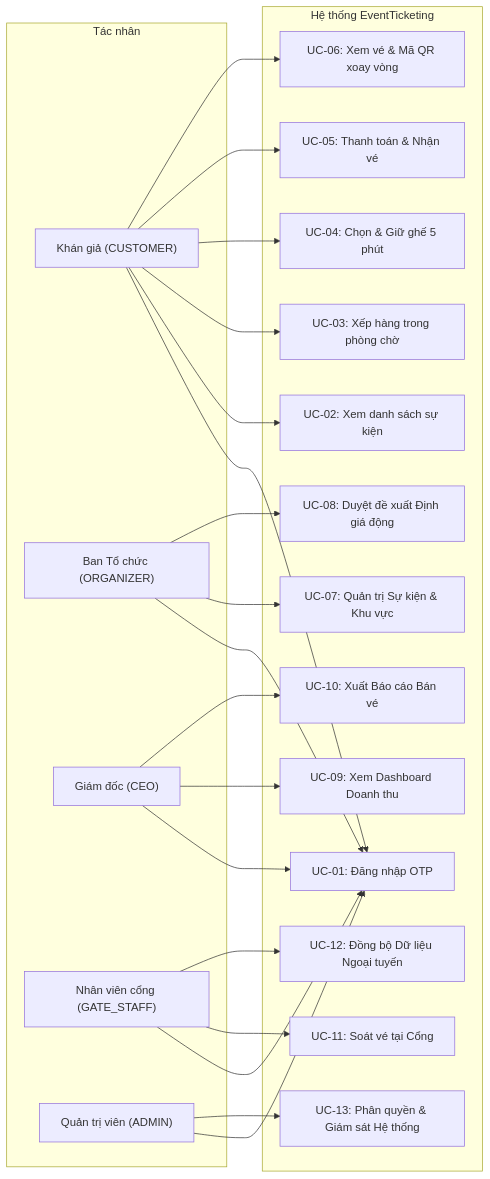
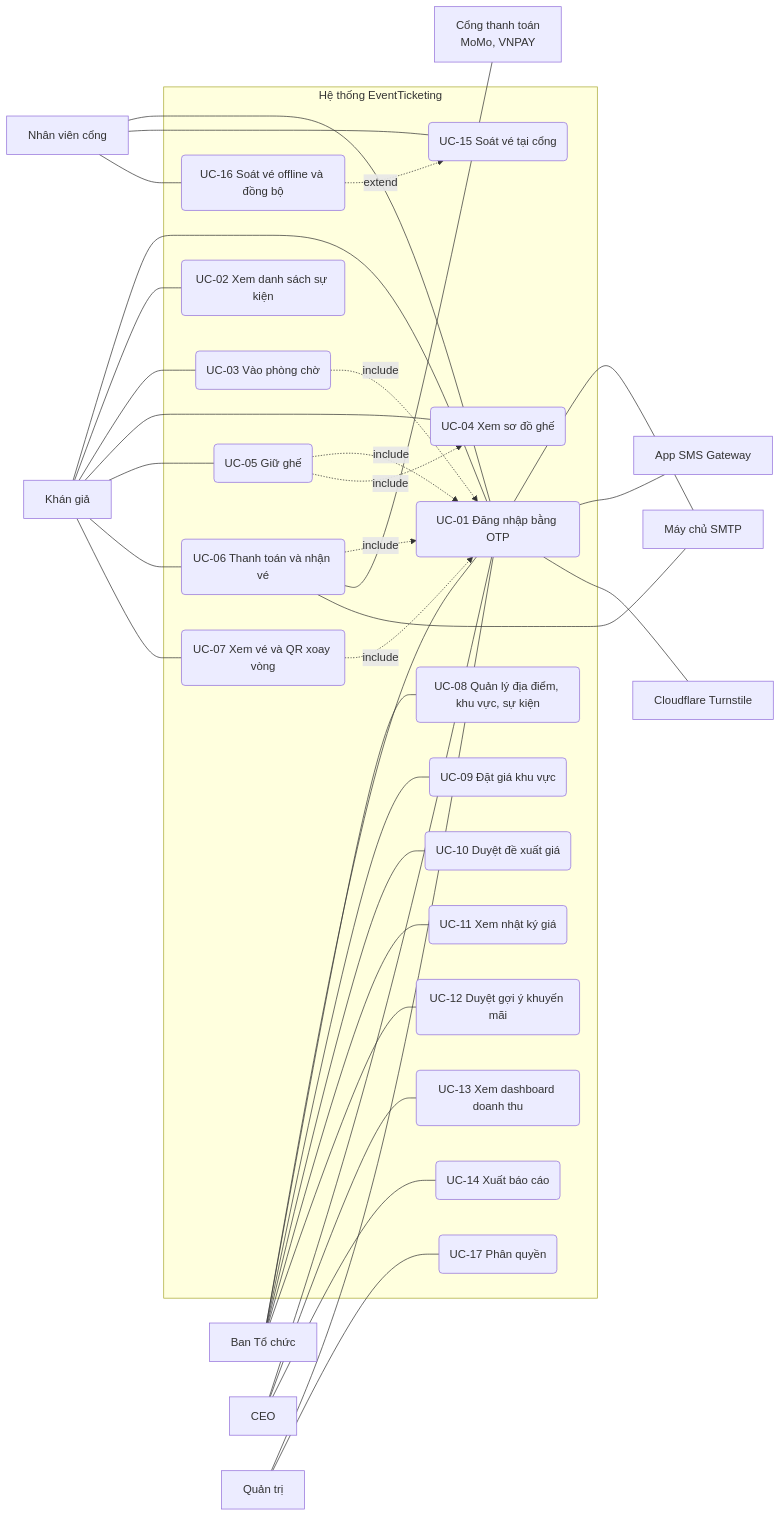
Before and after one commit to nhansp/COSH301: the diagram in docs/use-cases.md, drawn with Mermaid. The commit also changed other lines of this file, not shown here.

First line of the commit message:
docs: Align use cases with design actors, flags and Sprint 2 code

````diff
--- a/docs/use-cases.md
+++ b/docs/use-cases.md
@@ -29,57 +34,72 @@
 ```mermaid
 flowchart LR
-    subgraph Actors["Tác nhân"]
-        Customer["Khán giả (CUSTOMER)"]
-        Organizer["Ban Tổ chức (ORGANIZER)"]
-        CEO["Giám đốc (CEO)"]
-        GateStaff["Nhân viên cổng (GATE_STAFF)"]
-        Admin["Quản trị viên (ADMIN)"]
+    KG["Khán giả"]
+    BTC["Ban Tổ chức"]
+    CEO["CEO"]
+    NV["Nhân viên cổng"]
+    QT["Quản trị"]
+
+    subgraph HT["Hệ thống EventTicketing"]
+        UC01("UC-01 Đăng nhập bằng OTP")
+        UC02("UC-02 Xem danh sách sự kiện")
+        UC03("UC-03 Vào phòng chờ")
+        UC04("UC-04 Xem sơ đồ ghế")
+        UC05("UC-05 Giữ ghế")
+        UC06("UC-06 Thanh toán và nhận vé")
+        UC07("UC-07 Xem vé và QR xoay vòng")
+        UC08("UC-08 Quản lý địa điểm, khu vực, sự kiện")
+        UC09("UC-09 Đặt giá khu vực")
+        UC10("UC-10 Duyệt đề xuất giá")
+        UC11("UC-11 Xem nhật ký giá")
+        UC12("UC-12 Duyệt gợi ý khuyến mãi")
+        UC13("UC-13 Xem dashboard doanh thu")
+        UC14("UC-14 Xuất báo cáo")
+        UC15("UC-15 Soát vé tại cổng")
+        UC16("UC-16 Soát vé offline và đồng bộ")
+        UC17("UC-17 Phân quyền")
     end
 
-    subgraph SystemBoundary["Hệ thống EventTicketing"]
-        UC01["UC-01: Đăng nhập OTP"]
-        UC02["UC-02: Xem danh sách sự kiện"]
-        UC03["UC-03: Xếp hàng trong phòng chờ"]
-        UC04["UC-04: Chọn & Giữ ghế 5 phút"]
-        UC05["UC-05: Thanh toán & Nhận vé"]
-        UC06["UC-06: Xem vé & Mã QR xoay vòng"]
+    PAY["Cổng thanh toán<br/>MoMo, VNPAY"]
+    SMTP["Máy chủ SMTP"]
+    SMS["App SMS Gateway"]
+    TS["Cloudflare Turnstile"]
 
-        UC07["UC-07: Quản trị Sự kiện & Khu vực"]
-        UC08["UC-08: Duyệt đề xuất Định giá động"]
+    KG --- UC01
+    KG --- UC02
+    KG --- UC03
+    KG --- UC04
+    KG --- UC05
+    KG --- UC06
+    KG --- UC07
 
-        UC09["UC-09: Xem Dashboard Doanh thu"]
-        UC10["UC-10: Xuất Báo cáo Bán vé"]
+    BTC --- UC01
+    BTC --- UC08
+    BTC --- UC09
+    BTC --- UC10
+    BTC --- UC11
+    BTC --- UC12
 
-        UC11["UC-11: Soát vé tại Cổng"]
-        UC12["UC-12: Đồng bộ Dữ liệu Ngoại tuyến"]
+    CEO --- UC01
+    CEO --- UC13
+    CEO --- UC14
 
-        UC13["UC-13: Phân quyền & Giám sát Hệ thống"]
-    end
+    NV --- UC01
+    NV --- UC15
+    NV --- UC16
 
-    %% Customer
-    Customer --> UC01
-    Customer --> UC02
-    Customer --> UC03
-    Customer --> UC04
-    Customer --> UC05
-    Customer --> UC06
+    QT --- UC01
+    QT --- UC17
 
-    %% Organizer
-    Organizer --> UC01
-    Organizer --> UC07
-    Organizer --> UC08
+    UC03 -.->|"include"| UC01
+    UC05 -.->|"include"| UC01
+    UC06 -.->|"include"| UC01
+    UC07 -.->|"include"| UC01
+    UC05 -.->|"include"| UC04
+    UC16 -.->|"extend"| UC15
 
-    %% CEO
-    CEO --> UC01
-    CEO --> UC09
-    CEO --> UC10
-
-    %% GateStaff
-    GateStaff --> UC01
-    GateStaff --> UC11
-    GateStaff --> UC12
-
-    %% Admin
-    Admin --> UC01
-    Admin --> UC13
+    UC01 --- SMTP
+    UC01 --- SMS
+    UC01 --- TS
+    UC06 --- PAY
+    UC06 --- SMTP
 ```
````
